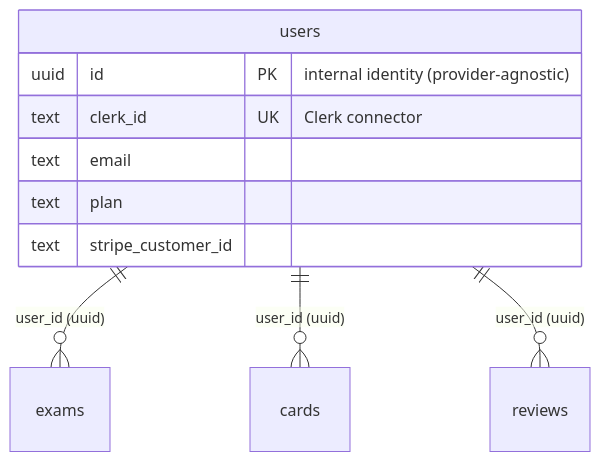
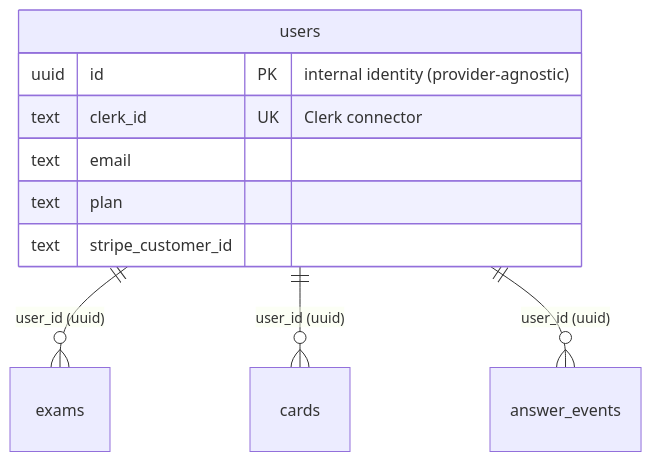
Before and after one commit to Kohkiota/RecallMint: the diagram in README.md, drawn with Mermaid. The commit also changed other lines of this file and 6 other files, not shown here.

First line of the commit message:
docs: FSRS 整合 Sprint A の docs 波及 — architecture 不変条件 / stg 適用 runbook / 実施記録 [no-review]

````diff
--- a/README.md
+++ b/README.md
@@ -83,13 +84,13 @@
 ```mermaid
 erDiagram
     users ||--o{ exams : "user_id (uuid)"
     users ||--o{ cards : "user_id (uuid)"
-    users ||--o{ reviews : "user_id (uuid)"
+    users ||--o{ answer_events : "user_id (uuid)"
     users {
         uuid id PK "internal identity (provider-agnostic)"
         text clerk_id UK "Clerk connector"
         text email
         text plan
         text stripe_customer_id
     }
 ```
````
